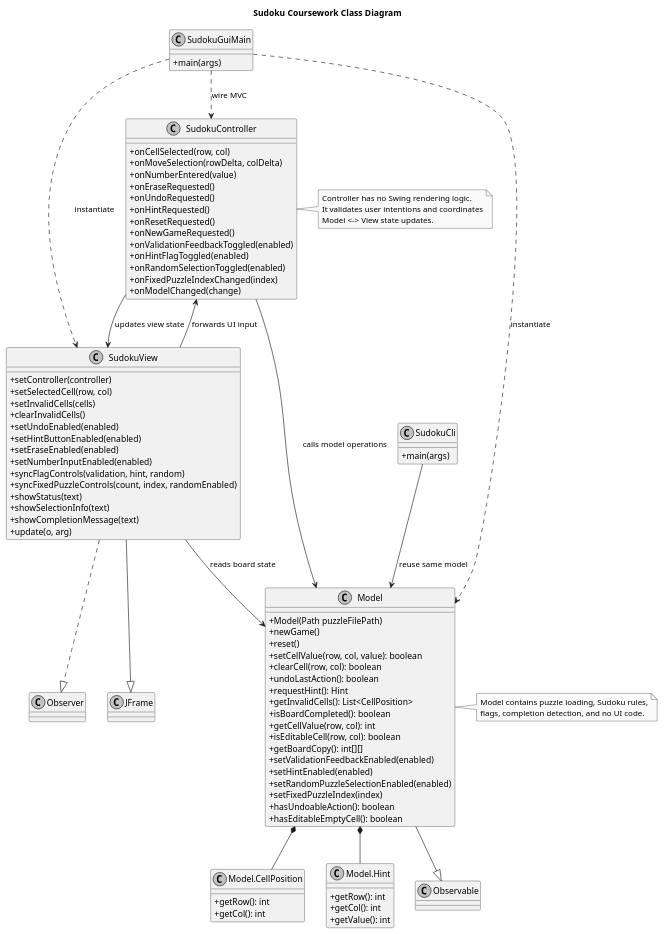
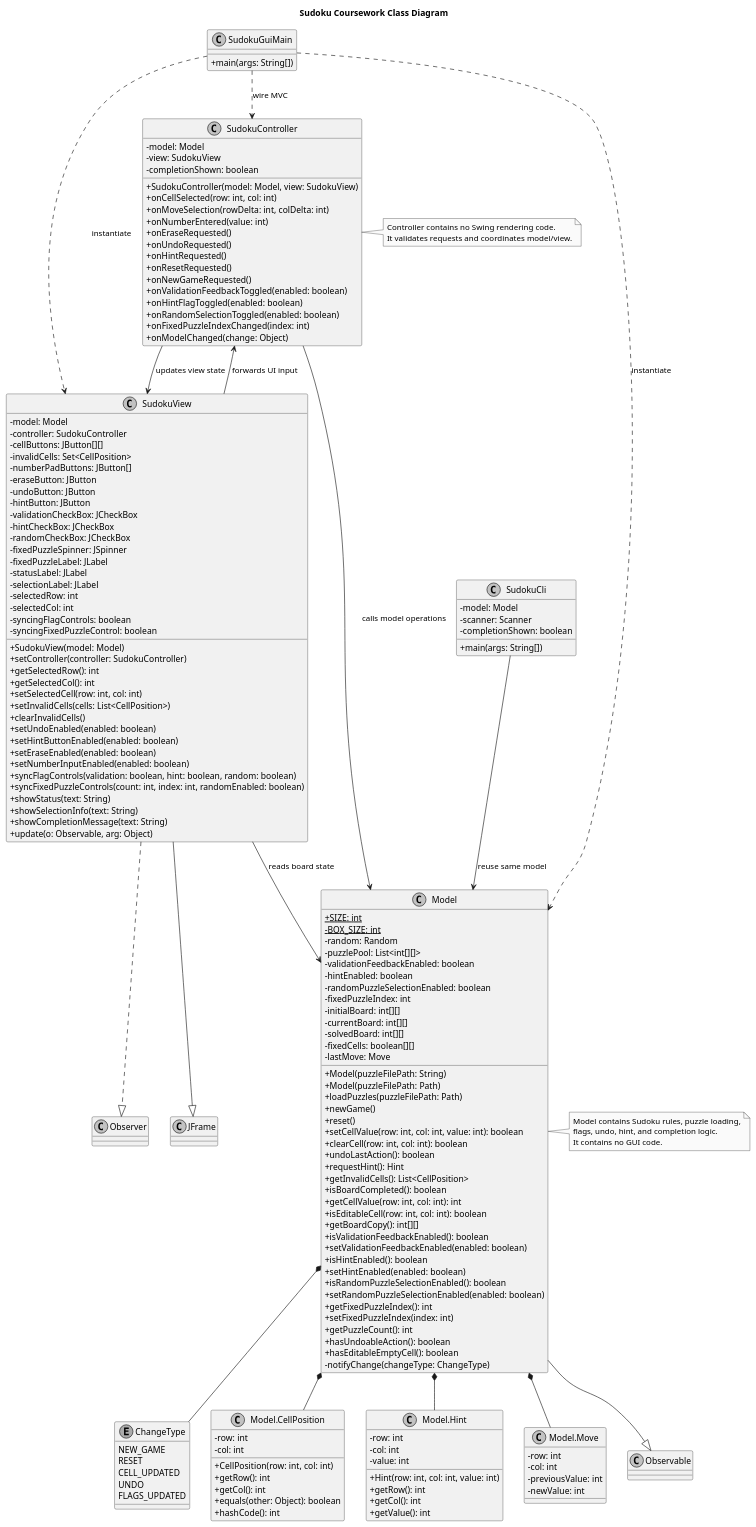
The diagram in docs/class-diagram.puml (Thunder777-t/AOOP-CW), drawn with PlantUML before and after one commit. The commit also changed 4 other files, not shown here.

Commit message:
Fix completion logic, reset/new completion prompts, and stabilize tests

```diff
--- a/docs/class-diagram.puml
+++ b/docs/class-diagram.puml
@@ -1,114 +1,189 @@
 @startuml
 skinparam classAttributeIconSize 0
 skinparam shadowing false
 skinparam monochrome true
 
 title Sudoku Coursework Class Diagram
 
 class Model {
-  +Model(Path puzzleFilePath)
+  +{static} SIZE: int
+  -{static} BOX_SIZE: int
+  -random: Random
+  -puzzlePool: List<int[][]>
+  -validationFeedbackEnabled: boolean
+  -hintEnabled: boolean
+  -randomPuzzleSelectionEnabled: boolean
+  -fixedPuzzleIndex: int
+  -initialBoard: int[][]
+  -currentBoard: int[][]
+  -solvedBoard: int[][]
+  -fixedCells: boolean[][]
+  -lastMove: Move
+  +Model(puzzleFilePath: String)
+  +Model(puzzleFilePath: Path)
+  +loadPuzzles(puzzleFilePath: Path)
   +newGame()
   +reset()
-  +setCellValue(row, col, value): boolean
-  +clearCell(row, col): boolean
+  +setCellValue(row: int, col: int, value: int): boolean
+  +clearCell(row: int, col: int): boolean
   +undoLastAction(): boolean
   +requestHint(): Hint
   +getInvalidCells(): List<CellPosition>
   +isBoardCompleted(): boolean
-  +getCellValue(row, col): int
-  +isEditableCell(row, col): boolean
+  +getCellValue(row: int, col: int): int
+  +isEditableCell(row: int, col: int): boolean
   +getBoardCopy(): int[][]
-  +setValidationFeedbackEnabled(enabled)
-  +setHintEnabled(enabled)
-  +setRandomPuzzleSelectionEnabled(enabled)
-  +setFixedPuzzleIndex(index)
+  +isValidationFeedbackEnabled(): boolean
+  +setValidationFeedbackEnabled(enabled: boolean)
+  +isHintEnabled(): boolean
+  +setHintEnabled(enabled: boolean)
+  +isRandomPuzzleSelectionEnabled(): boolean
+  +setRandomPuzzleSelectionEnabled(enabled: boolean)
+  +getFixedPuzzleIndex(): int
+  +setFixedPuzzleIndex(index: int)
+  +getPuzzleCount(): int
   +hasUndoableAction(): boolean
   +hasEditableEmptyCell(): boolean
+  -notifyChange(changeType: ChangeType)
+}
+
+enum ChangeType {
+  NEW_GAME
+  RESET
+  CELL_UPDATED
+  UNDO
+  FLAGS_UPDATED
 }
 
 class "Model.CellPosition" as CellPosition {
+  -row: int
+  -col: int
+  +CellPosition(row: int, col: int)
   +getRow(): int
   +getCol(): int
+  +equals(other: Object): boolean
+  +hashCode(): int
 }
 
 class "Model.Hint" as Hint {
+  -row: int
+  -col: int
+  -value: int
+  +Hint(row: int, col: int, value: int)
   +getRow(): int
   +getCol(): int
   +getValue(): int
 }
 
+class "Model.Move" as Move {
+  -row: int
+  -col: int
+  -previousValue: int
+  -newValue: int
+}
+
 class SudokuController {
-  +onCellSelected(row, col)
-  +onMoveSelection(rowDelta, colDelta)
-  +onNumberEntered(value)
+  -model: Model
+  -view: SudokuView
+  -completionShown: boolean
+  +SudokuController(model: Model, view: SudokuView)
+  +onCellSelected(row: int, col: int)
+  +onMoveSelection(rowDelta: int, colDelta: int)
+  +onNumberEntered(value: int)
   +onEraseRequested()
   +onUndoRequested()
   +onHintRequested()
   +onResetRequested()
   +onNewGameRequested()
-  +onValidationFeedbackToggled(enabled)
-  +onHintFlagToggled(enabled)
-  +onRandomSelectionToggled(enabled)
-  +onFixedPuzzleIndexChanged(index)
-  +onModelChanged(change)
+  +onValidationFeedbackToggled(enabled: boolean)
+  +onHintFlagToggled(enabled: boolean)
+  +onRandomSelectionToggled(enabled: boolean)
+  +onFixedPuzzleIndexChanged(index: int)
+  +onModelChanged(change: Object)
 }
 
 class SudokuView {
-  +setController(controller)
-  +setSelectedCell(row, col)
-  +setInvalidCells(cells)
+  -model: Model
+  -controller: SudokuController
+  -cellButtons: JButton[][]
+  -invalidCells: Set<CellPosition>
+  -numberPadButtons: JButton[]
+  -eraseButton: JButton
+  -undoButton: JButton
+  -hintButton: JButton
+  -validationCheckBox: JCheckBox
+  -hintCheckBox: JCheckBox
+  -randomCheckBox: JCheckBox
+  -fixedPuzzleSpinner: JSpinner
+  -fixedPuzzleLabel: JLabel
+  -statusLabel: JLabel
+  -selectionLabel: JLabel
+  -selectedRow: int
+  -selectedCol: int
+  -syncingFlagControls: boolean
+  -syncingFixedPuzzleControl: boolean
+  +SudokuView(model: Model)
+  +setController(controller: SudokuController)
+  +getSelectedRow(): int
+  +getSelectedCol(): int
+  +setSelectedCell(row: int, col: int)
+  +setInvalidCells(cells: List<CellPosition>)
   +clearInvalidCells()
-  +setUndoEnabled(enabled)
-  +setHintButtonEnabled(enabled)
-  +setEraseEnabled(enabled)
-  +setNumberInputEnabled(enabled)
-  +syncFlagControls(validation, hint, random)
-  +syncFixedPuzzleControls(count, index, randomEnabled)
-  +showStatus(text)
-  +showSelectionInfo(text)
-  +showCompletionMessage(text)
-  +update(o, arg)
+  +setUndoEnabled(enabled: boolean)
+  +setHintButtonEnabled(enabled: boolean)
+  +setEraseEnabled(enabled: boolean)
+  +setNumberInputEnabled(enabled: boolean)
+  +syncFlagControls(validation: boolean, hint: boolean, random: boolean)
+  +syncFixedPuzzleControls(count: int, index: int, randomEnabled: boolean)
+  +showStatus(text: String)
+  +showSelectionInfo(text: String)
+  +showCompletionMessage(text: String)
+  +update(o: Observable, arg: Object)
 }
 
 class SudokuGuiMain {
-  +main(args)
+  +main(args: String[])
 }
 
 class SudokuCli {
-  +main(args)
+  -model: Model
+  -scanner: Scanner
+  -completionShown: boolean
+  +main(args: String[])
 }
 
 class Observable
 class Observer
 class JFrame
 
 Model --|> Observable
 SudokuView ..|> Observer
 SudokuView --|> JFrame
 
+Model *-- ChangeType
 Model *-- CellPosition
 Model *-- Hint
+Model *-- Move
 
 SudokuController --> Model : calls model operations
 SudokuController --> SudokuView : updates view state
 SudokuView --> SudokuController : forwards UI input
 SudokuView --> Model : reads board state
 
 SudokuGuiMain ..> Model : instantiate
 SudokuGuiMain ..> SudokuView : instantiate
 SudokuGuiMain ..> SudokuController : wire MVC
-
 SudokuCli --> Model : reuse same model
 
 note right of SudokuController
-  Controller has no Swing rendering logic.
-  It validates user intentions and coordinates
-  Model <-> View state updates.
+  Controller contains no Swing rendering code.
+  It validates requests and coordinates model/view.
 end note
 
 note right of Model
-  Model contains puzzle loading, Sudoku rules,
-  flags, completion detection, and no UI code.
+  Model contains Sudoku rules, puzzle loading,
+  flags, undo, hint, and completion logic.
+  It contains no GUI code.
 end note
 
 @enduml
```
